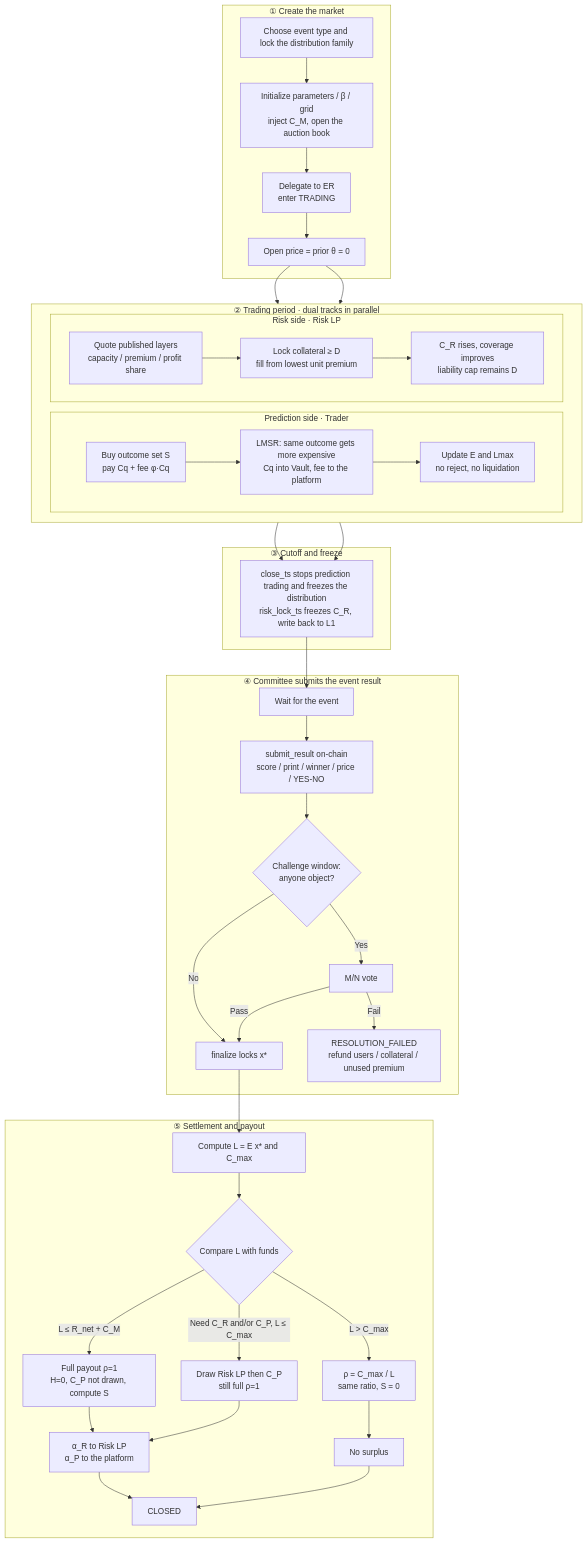
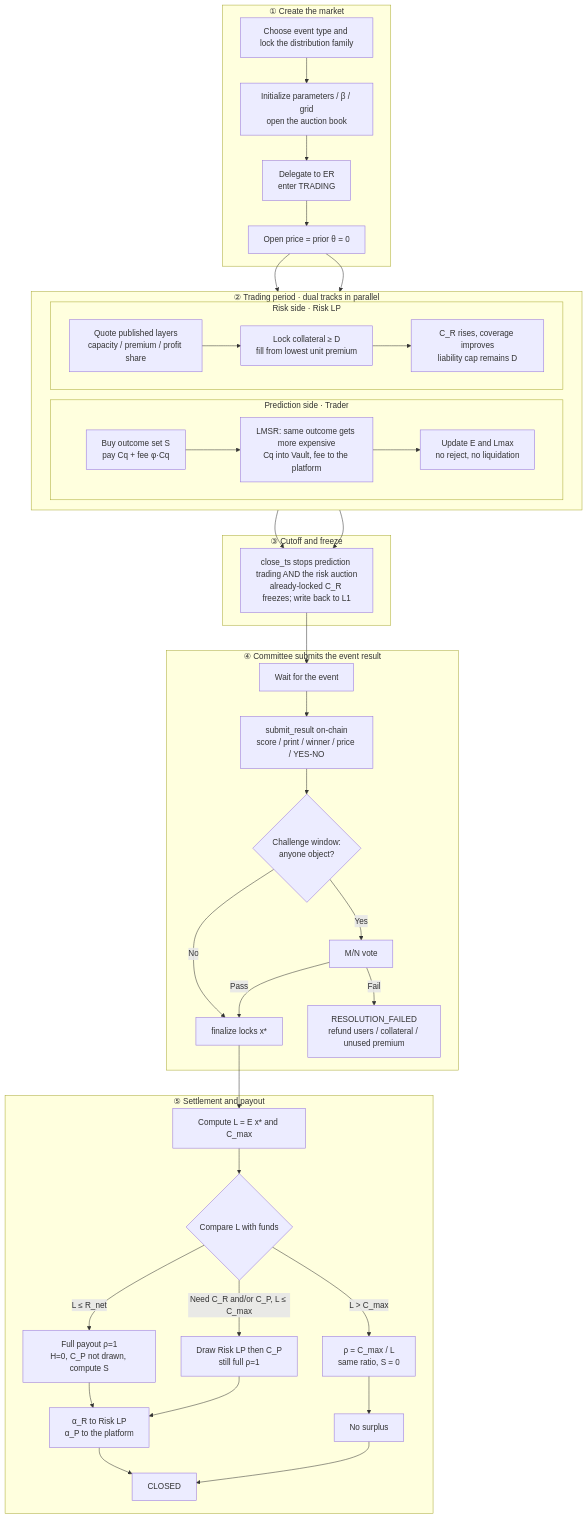
One commit to bamaao/continuous-pdf-prediction-market changed the diagram in docs/product-specification.md. Above: the diagram before and after it, drawn with Mermaid. The commit also changed other lines of this file and 143 other files, not shown here.

````diff
--- a/docs/product-specification.md
+++ b/docs/product-specification.md
@@ -133,55 +212,55 @@
 ```mermaid
 flowchart TB
   subgraph P1["① Create the market"]
-    A1[Choose event type and lock the distribution family] --> A2[Initialize parameters / β / grid<br/>inject C_M, open the auction book]
+    A1[Choose event type and lock the distribution family] --> A2[Initialize parameters / β / grid<br/>open the auction book]
     A2 --> A3[Delegate to ER<br/>enter TRADING]
     A3 --> A4[Open price = prior θ = 0]
   end
 
   subgraph P2["② Trading period · dual tracks in parallel"]
     direction LR
     subgraph T["Prediction side · Trader"]
       T1[Buy outcome set S<br/>pay Cq + fee φ·Cq] --> T2[LMSR: same outcome gets more expensive<br/>Cq into Vault, fee to the platform]
       T2 --> T3[Update E and Lmax<br/>no reject, no liquidation]
     end
     subgraph R["Risk side · Risk LP"]
       R1[Quote published layers<br/>capacity / premium / profit share] --> R2[Lock collateral ≥ D<br/>fill from lowest unit premium]
       R2 --> R3[C_R rises, coverage improves<br/>liability cap remains D]
     end
   end
 
   A4 --> T1
   A4 --> R1
 
   subgraph P3["③ Cutoff and freeze"]
-    C1[close_ts stops prediction trading and freezes the distribution<br/>risk_lock_ts freezes C_R, write back to L1]
+    C1[close_ts stops prediction trading AND the risk auction<br/>already-locked C_R freezes; write back to L1]
   end
 
   T3 --> C1
   R3 --> C1
 
   subgraph P4["④ Committee submits the event result"]
     D1[Wait for the event] --> D2[submit_result on-chain<br/>score / print / winner / price / YES-NO]
     D2 --> D3{Challenge window:<br/>anyone object?}
     D3 -->|No| D4[finalize locks x*]
     D3 -->|Yes| D5[M/N vote]
     D5 -->|Pass| D4
     D5 -->|Fail| D6[RESOLUTION_FAILED<br/>refund users / collateral / unused premium]
   end
 
   C1 --> D1
 
   subgraph P5["⑤ Settlement and payout"]
     E1[Compute L = E x* and C_max] --> E2{Compare L with funds}
-    E2 -->|L ≤ R_net + C_M| E3[Full payout ρ=1<br/>H=0, C_P not drawn, compute S]
+    E2 -->|L ≤ R_net| E3[Full payout ρ=1<br/>H=0, C_P not drawn, compute S]
     E2 -->|Need C_R and/or C_P, L ≤ C_max| E4[Draw Risk LP then C_P<br/>still full ρ=1]
     E2 -->|L > C_max| E5[ρ = C_max / L<br/>same ratio, S = 0]
     E3 --> E6[α_R to Risk LP<br/>α_P to the platform]
     E4 --> E6
     E5 --> E7[No surplus]
     E6 --> E8[CLOSED]
     E7 --> E8
   end
 
   D4 --> E1
 ```
````
